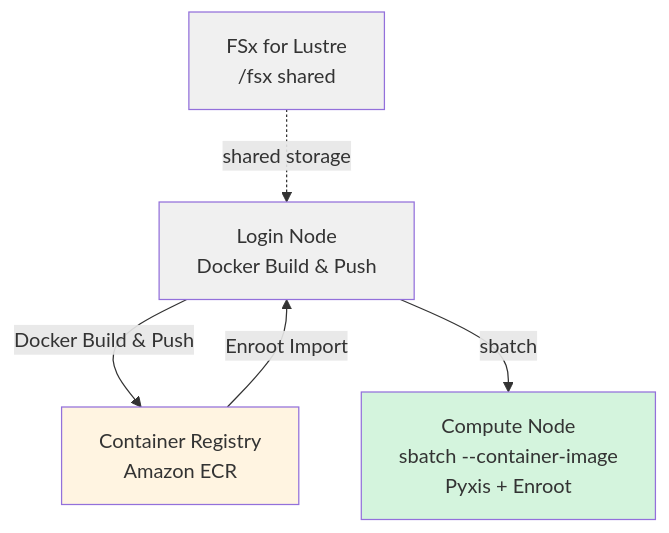
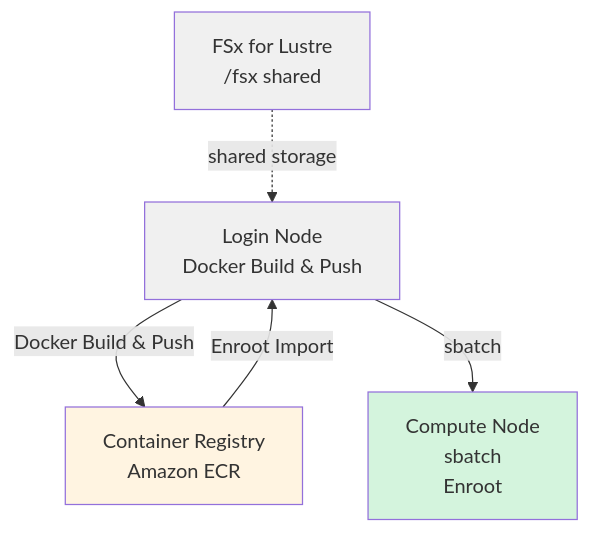
Before and after one commit to comeddy/sample-physical-ai-scaffolding-kit: the diagram in samples/groot/docs/training.md, drawn with Mermaid. The commit also changed other lines of this file and 3 other files, not shown here.

````diff
--- a/samples/groot/docs/training.md
+++ b/samples/groot/docs/training.md
@@ -7,17 +7,17 @@
 ```mermaid
 flowchart TB
     login[Login Node<br/>Docker Build & Push]
     ecr[Container Registry<br/>Amazon ECR]
     fsx[FSx for Lustre<br/>/fsx shared]
-    compute[Compute Node<br/>sbatch --container-image<br/>Pyxis + Enroot]
+    compute[Compute Node<br/>sbatch<br/>Enroot]
 
     login -->|Docker Build & Push| ecr
     ecr -->|Enroot Import| login
     fsx -.->|shared storage| login
     login -->|sbatch| compute
 
     style ecr fill:#fff4e1
     style login fill:#f0f0f0
     style fsx fill:#f0f0f0
     style compute fill:#d4f4dd
 ```
````
